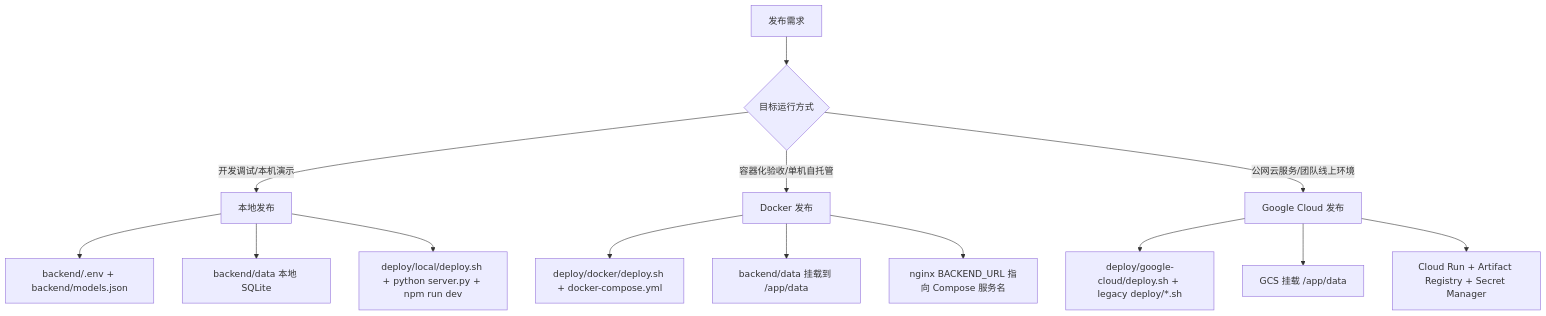
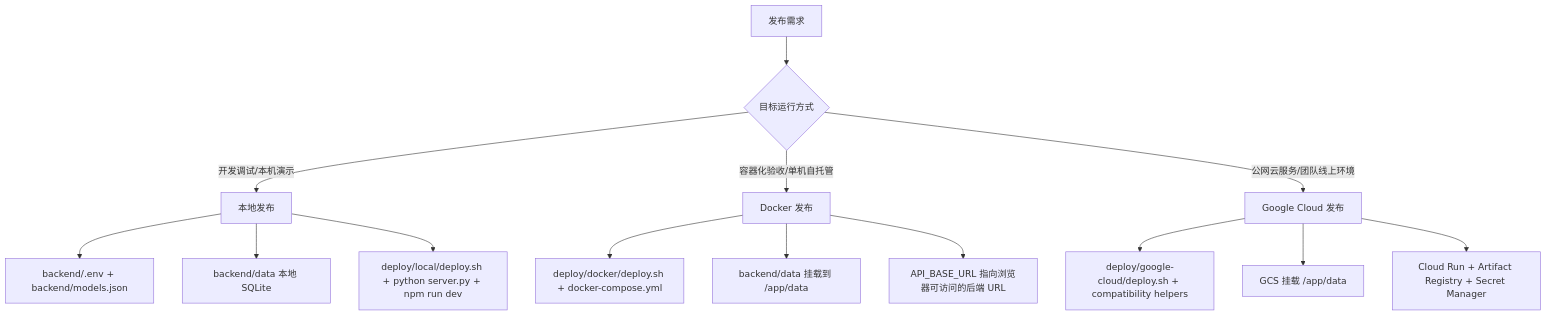
Before and after one commit to glide-the/im-dream: the diagram in docs/deploy/release-system-design.md, drawn with Mermaid. The commit also changed other lines of this file and 61 other files, not shown here.

````diff
--- a/docs/deploy/release-system-design.md
+++ b/docs/deploy/release-system-design.md
@@ -58,19 +59,19 @@
 ```mermaid
 flowchart TD
   A["发布需求"] --> B{"目标运行方式"}
   B -->|"开发调试/本机演示"| L["本地发布"]
   B -->|"容器化验收/单机自托管"| D["Docker 发布"]
   B -->|"公网云服务/团队线上环境"| G["Google Cloud 发布"]
 
   L --> L1["backend/.env + backend/models.json"]
   L --> L2["backend/data 本地 SQLite"]
   L --> L3["deploy/local/deploy.sh + python server.py + npm run dev"]
 
   D --> D1["deploy/docker/deploy.sh + docker-compose.yml"]
   D --> D2["backend/data 挂载到 /app/data"]
-  D --> D3["nginx BACKEND_URL 指向 Compose 服务名"]
+  D --> D3["API_BASE_URL 指向浏览器可访问的后端 URL"]
 
-  G --> G1["deploy/google-cloud/deploy.sh + legacy deploy/*.sh"]
+  G --> G1["deploy/google-cloud/deploy.sh + compatibility helpers"]
   G --> G2["GCS 挂载 /app/data"]
   G --> G3["Cloud Run + Artifact Registry + Secret Manager"]
 ```
````
